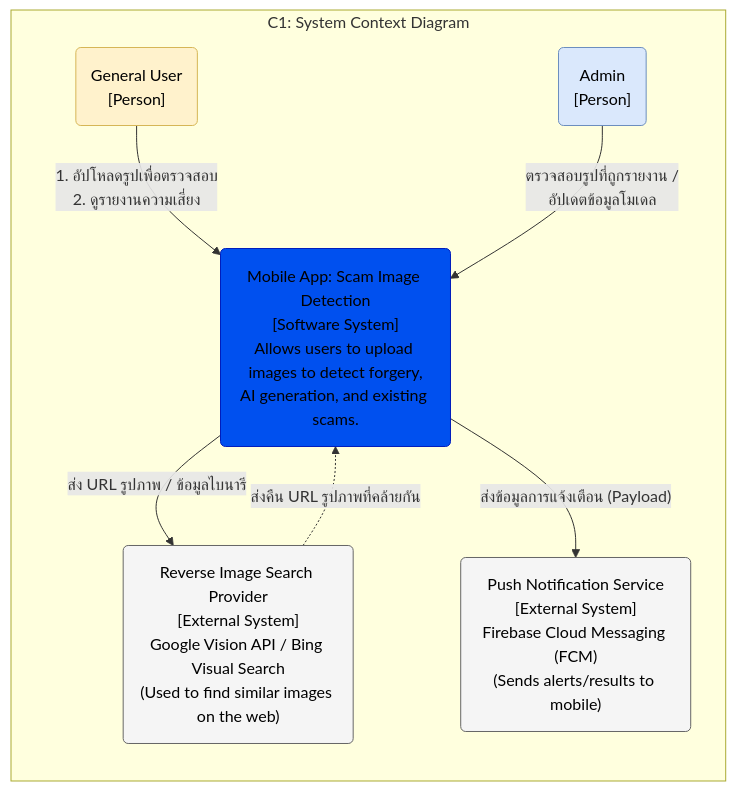
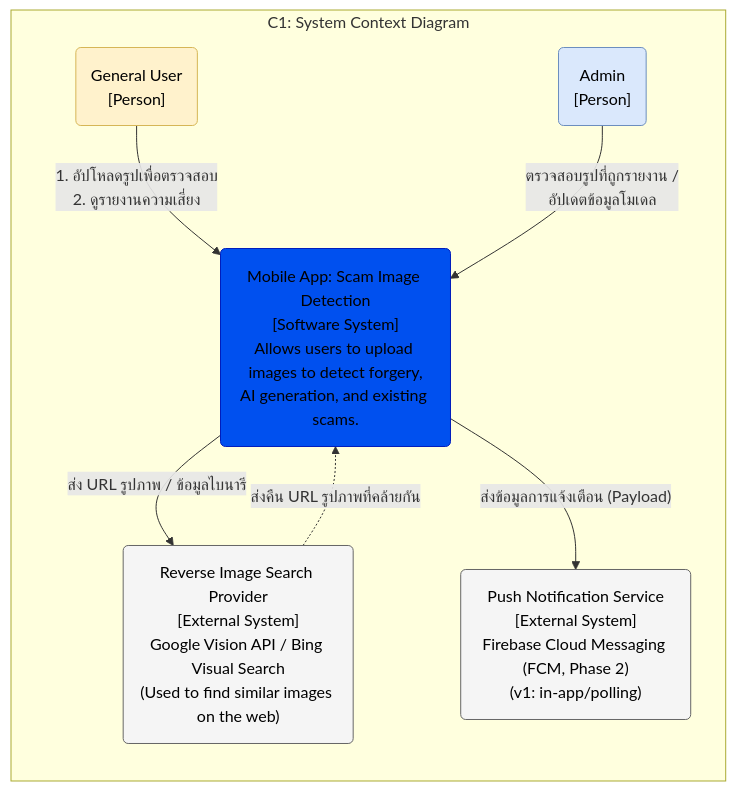
The first of 4 diagrams in wiki/requirements/srs.md (Panuwat-ta/project), drawn with Mermaid before and after one commit. The commit also changed other lines of this file and 90 other files, not shown here.

````diff
--- a/wiki/requirements/srs.md
+++ b/wiki/requirements/srs.md
@@ -79,40 +81,40 @@
 ```mermaid
 flowchart TD
     %% การตั้งค่า Class สีต่างๆ (กำหนด color:black ตามคำสั่ง)
     classDef mainSystem fill:#0050ef,stroke:#001DBC,color:black
     classDef userFill fill:#fff2cc,stroke:#d6b656,color:black
     classDef adminFill fill:#dae8fc,stroke:#6c8ebf,color:black
     classDef extFill fill:#f5f5f5,stroke:#666666,color:black
 
     %% Title Area
     subgraph Context [C1: System Context Diagram]
         direction TB
         
         %% Nodes (โหนดต่างๆ)
         User("General User<br>[Person]")
         
         System("Mobile App: Scam Image Detection<br>[Software System]<br>Allows users to upload images to detect forgery,<br>AI generation, and existing scams.")
         
         Admin("Admin<br>[Person]")
         
         ExtSearch("Reverse Image Search Provider<br>[External System]<br>Google Vision API / Bing Visual Search<br>(Used to find similar images on the web)")
         
-        ExtNotify("Push Notification Service<br>[External System]<br>Firebase Cloud Messaging (FCM)<br>(Sends alerts/results to mobile)")
+        ExtNotify("Push Notification Service<br>[External System]<br>Firebase Cloud Messaging (FCM, Phase 2)<br>(v1: in-app/polling)")
 
         %% Relationships (เส้นเชื่อมโยง)
         User -- "1. อัปโหลดรูปเพื่อตรวจสอบ<br>2. ดูรายงานความเสี่ยง" --> System
         
         System -- "ส่ง URL รูปภาพ / ข้อมูลไบนารี" --> ExtSearch
         ExtSearch -.->|"ส่งคืน URL รูปภาพที่คล้ายกัน"| System
         
         System -- "ส่งข้อมูลการแจ้งเตือน (Payload)" --> ExtNotify
         
         Admin -- "ตรวจสอบรูปที่ถูกรายงาน /<br>อัปเดตข้อมูลโมเดล" --> System
     end
 
     %% Apply Styles (การระบายสี)
     class System mainSystem
     class User userFill
     class Admin adminFill
     class ExtSearch,ExtNotify extFill
 ```
````
